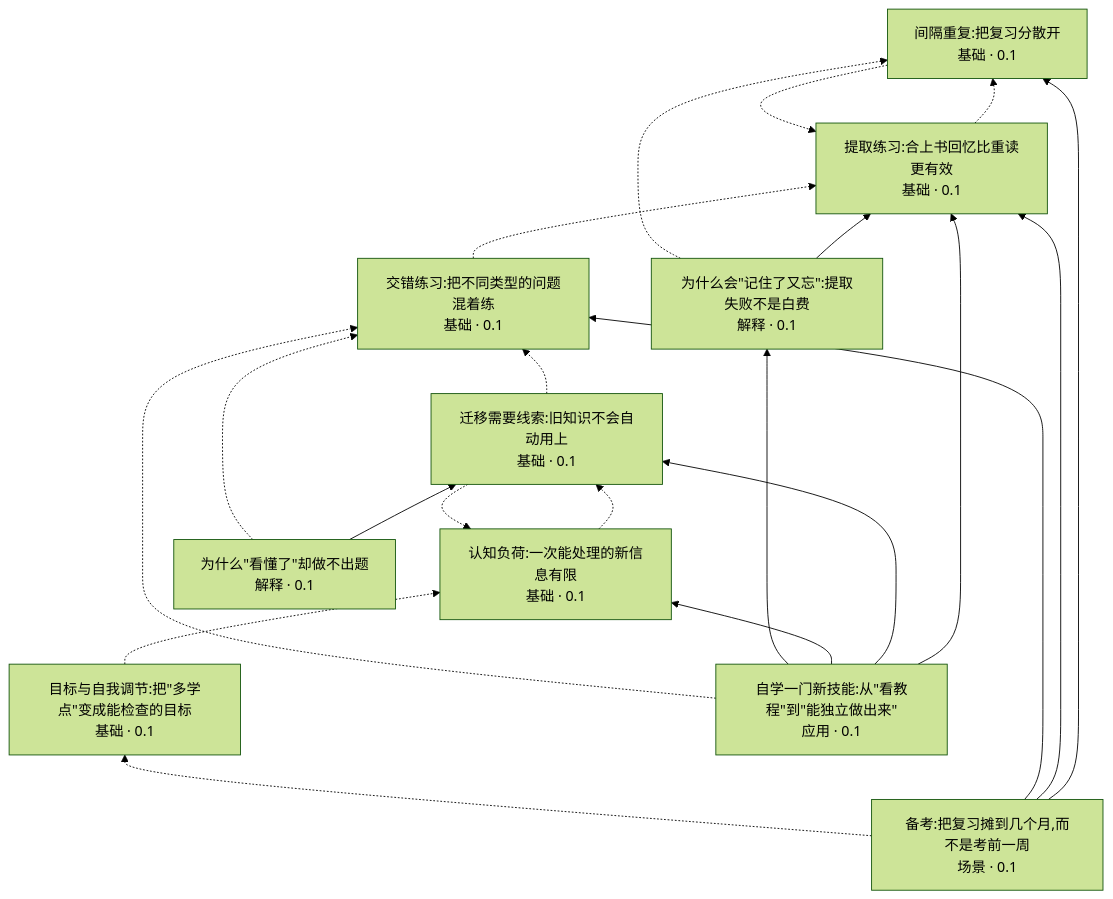
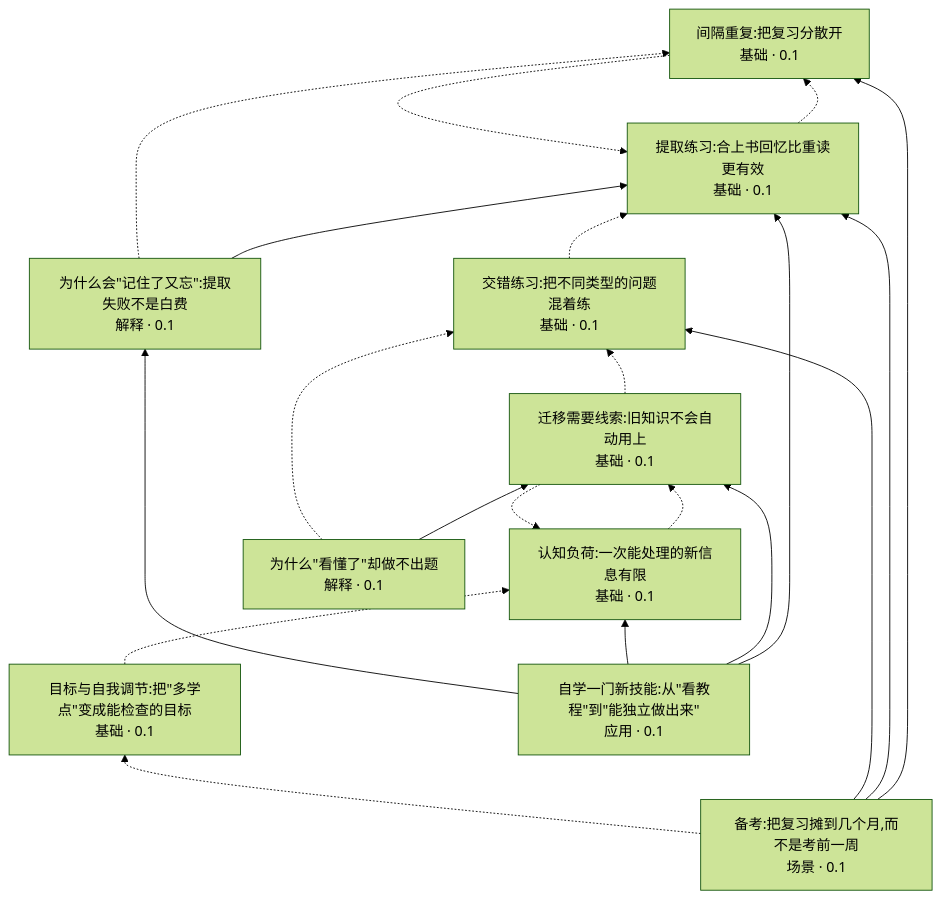
One commit to liuppx/blockchain changed the diagram in docs/pilot/education/GRAPH.md. Above: the diagram before and after it, drawn with Mermaid (forest theme). The commit also changed other lines of this file and 11 other files, not shown here.

````diff
--- a/docs/pilot/education/GRAPH.md
+++ b/docs/pilot/education/GRAPH.md
@@ -11,33 +11,32 @@
 ```mermaid
 graph BT
     u0["认知负荷:一次能处理的新信息有限<br/>基础 · 0.1"]
     u1["目标与自我调节:把&quot;多学点&quot;变成能检查的目标<br/>基础 · 0.1"]
     u2["交错练习:把不同类型的问题混着练<br/>基础 · 0.1"]
     u3["提取练习:合上书回忆比重读更有效<br/>基础 · 0.1"]
     u4["间隔重复:把复习分散开<br/>基础 · 0.1"]
     u5["迁移需要线索:旧知识不会自动用上<br/>基础 · 0.1"]
     u6["为什么会&quot;记住了又忘&quot;:提取失败不是白费<br/>解释 · 0.1"]
     u7["为什么&quot;看懂了&quot;却做不出题<br/>解释 · 0.1"]
     u8["备考:把复习摊到几个月,而不是考前一周<br/>场景 · 0.1"]
     u9["自学一门新技能:从&quot;看教程&quot;到&quot;能独立做出来&quot;<br/>应用 · 0.1"]
     u0 -.-> u5
     u1 -.-> u0
     u2 -.-> u3
     u3 -.-> u4
     u4 -.-> u3
     u5 -.-> u2
     u5 -.-> u0
     u6 --> u3
     u6 -.-> u4
     u7 --> u5
     u7 -.-> u2
     u8 --> u4
     u8 --> u3
     u8 --> u2
     u8 -.-> u1
     u9 --> u3
     u9 --> u5
     u9 --> u0
     u9 --> u6
-    u9 -.-> u2
 ```
````
